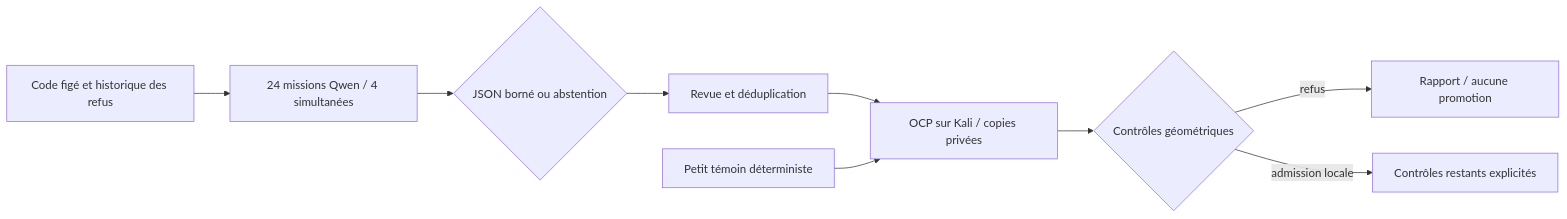
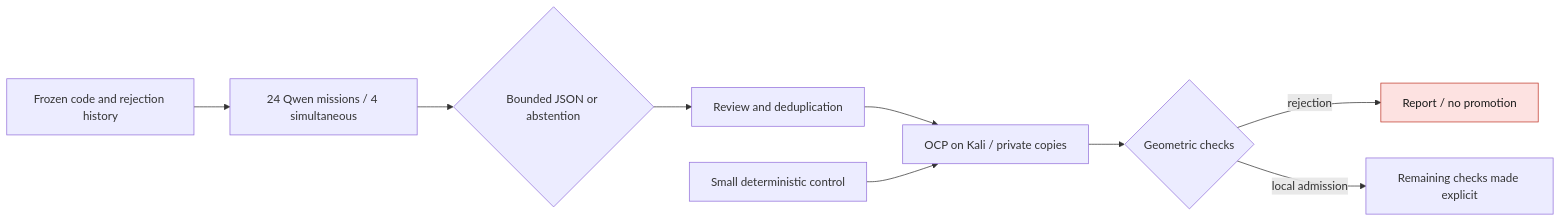
The diagram in docs/reports/M64_CAD_AGENT_PILOT_20260912.md (cluster2600/porscheparts), drawn with Mermaid before and after one commit. The commit also changed other lines of this file and 228 other files, not shown here.

````diff
--- a/docs/reports/M64_CAD_AGENT_PILOT_20260912.md
+++ b/docs/reports/M64_CAD_AGENT_PILOT_20260912.md
@@ -45,11 +45,13 @@
 ```mermaid
 flowchart LR
-    S[Code figé et historique des refus] --> L[24 missions Qwen / 4 simultanées]
-    L --> J{JSON borné ou abstention}
-    J --> R[Revue et déduplication]
-    R --> C[OCP sur Kali / copies privées]
-    D[Petit témoin déterministe] --> C
-    C --> V{Contrôles géométriques}
-    V -->|refus| E[Rapport / aucune promotion]
-    V -->|admission locale| F[Contrôles restants explicités]
+    S[Frozen code and rejection history] --> L[24 Qwen missions / 4 simultaneous]
+    L --> J{Bounded JSON or abstention}
+    J --> R[Review and deduplication]
+    R --> C[OCP on Kali / private copies]
+    D[Small deterministic control] --> C
+    C --> V{Geometric checks}
+    V -->|rejection| E[Report / no promotion]
+    V -->|local admission| F[Remaining checks made explicit]
+    class E stop
+    classDef stop fill:#fde2e1,stroke:#c0392b,color:#1a1a1a;
 ```
````
